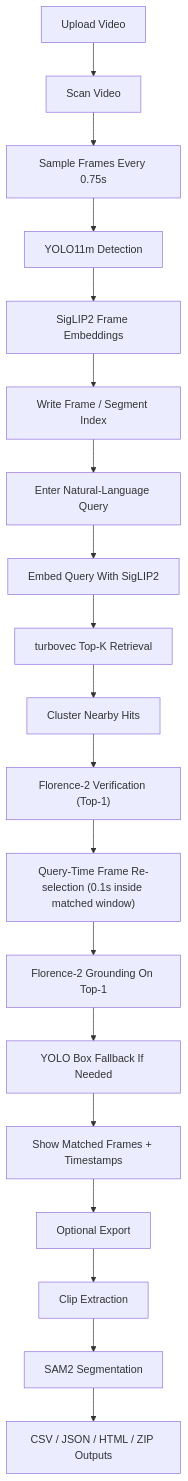
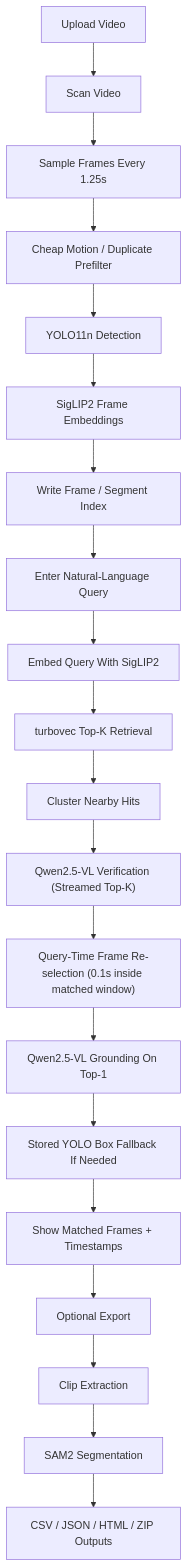
Before and after one commit to priyansupattanaik/visionguard-ai: the second of 2 diagrams in PROJECT_DOCUMENTATION.md, drawn with Mermaid. The commit also changed other lines of this file and 10 other files, not shown here.

````diff
--- a/PROJECT_DOCUMENTATION.md
+++ b/PROJECT_DOCUMENTATION.md
@@ -423,21 +440,22 @@
 ```mermaid
 flowchart TD
     A["Upload Video"] --> B["Scan Video"]
-    B --> C["Sample Frames Every 0.75s"]
-    C --> D["YOLO11m Detection"]
+    B --> C["Sample Frames Every 1.25s"]
+    C --> C1["Cheap Motion / Duplicate Prefilter"]
+    C1 --> D["YOLO11n Detection"]
     D --> E["SigLIP2 Frame Embeddings"]
     E --> F["Write Frame / Segment Index"]
     F --> G["Enter Natural-Language Query"]
     G --> H["Embed Query With SigLIP2"]
     H --> I["turbovec Top-K Retrieval"]
     I --> J["Cluster Nearby Hits"]
-    J --> K["Florence-2 Verification (Top-1)"]
+    J --> K["Qwen2.5-VL Verification (Streamed Top-K)"]
     K --> L["Query-Time Frame Re-selection (0.1s inside matched window)"]
-    L --> M["Florence-2 Grounding On Top-1"]
-    M --> N["YOLO Box Fallback If Needed"]
+    L --> M["Qwen2.5-VL Grounding On Top-1"]
+    M --> N["Stored YOLO Box Fallback If Needed"]
     N --> O["Show Matched Frames + Timestamps"]
     O --> P["Optional Export"]
     P --> Q["Clip Extraction"]
     Q --> R["SAM2 Segmentation"]
     R --> S["CSV / JSON / HTML / ZIP Outputs"]
 ```
````
